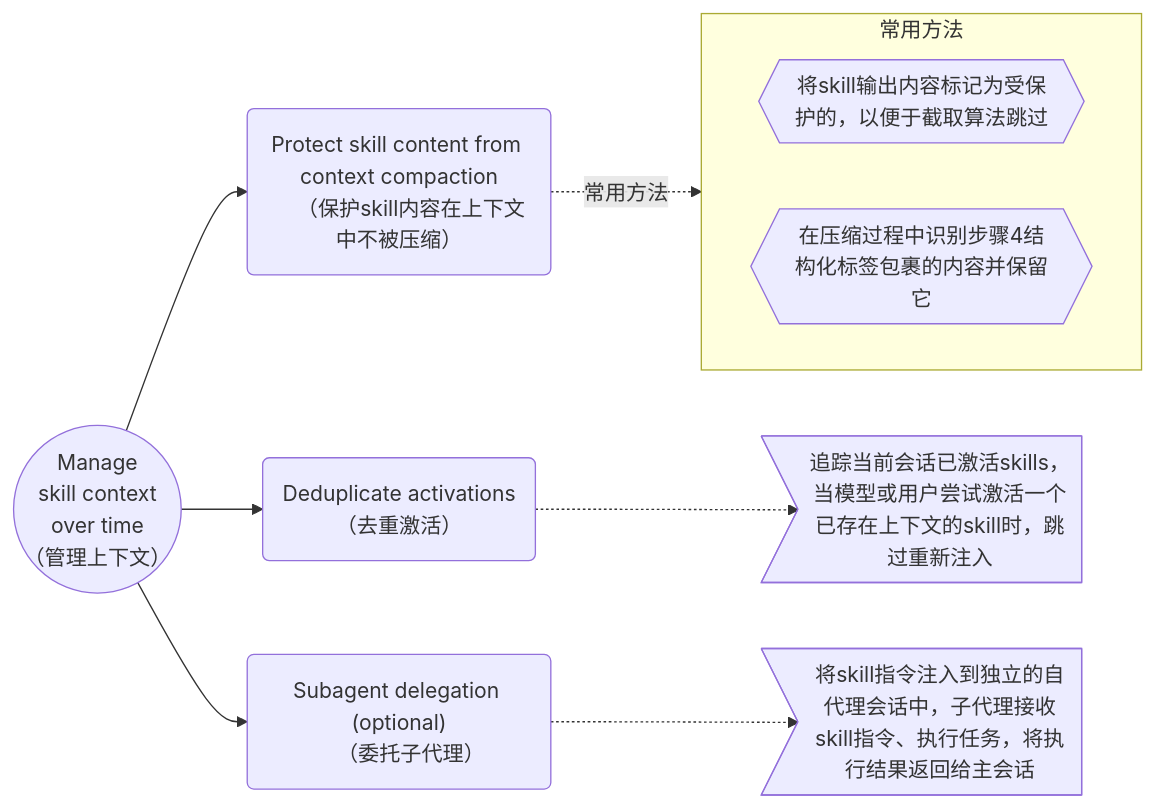
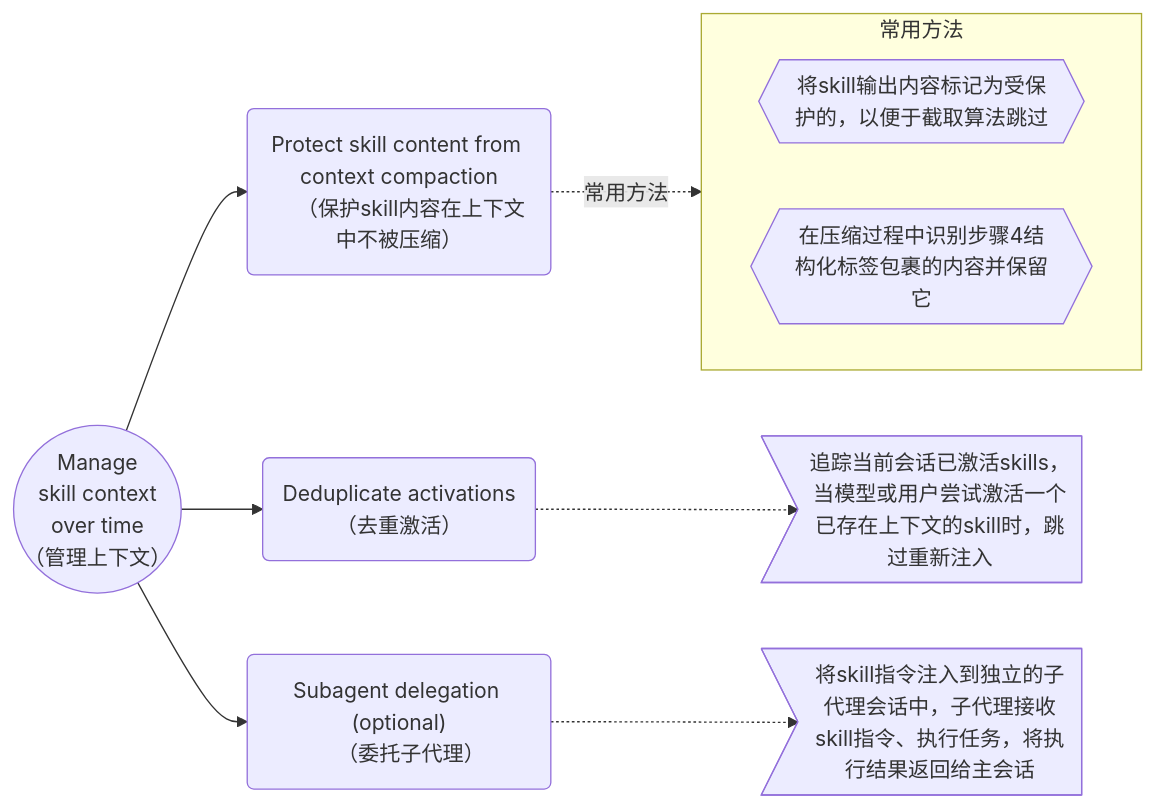
The fifth of 5 diagrams in AI/Skill_support.md (290044632/bookmark), drawn with Mermaid before and after one commit.

Commit message:
更新skill文档

````diff
--- a/AI/Skill_support.md
+++ b/AI/Skill_support.md
@@ -152,23 +152,23 @@
 ```mermaid
 flowchart LR
     A(("Manage 
     skill context
     over time
     （管理上下文）"))
     A-->A1("Protect skill content from context compaction
     （保护skill内容在上下文中不被压缩）")
        subgraph A11["常用方法"]
             direction LR
            A111{{"将skill输出内容标记为受保护的，以便于截取算法跳过"}}
            A112{{"在压缩过程中识别步骤4结构化标签包裹的内容并保留它"}}
        end 
        A1-.->|常用方法|A11
        
     A-->A2("Deduplicate activations
     （去重激活）")   
     A2-.->A21>"追踪当前会话已激活skills，当模型或用户尝试激活一个已存在上下文的skill时，跳过重新注入"]
 
     A-->A3("Subagent delegation (optional)
     （委托子代理）")
-    A3-.->A31>"将skill指令注入到独立的自代理会话中，子代理接收skill指令、执行任务，将执行结果返回给主会话"]
+    A3-.->A31>"将skill指令注入到独立的子代理会话中，子代理接收skill指令、执行任务，将执行结果返回给主会话"]
 ```
````
